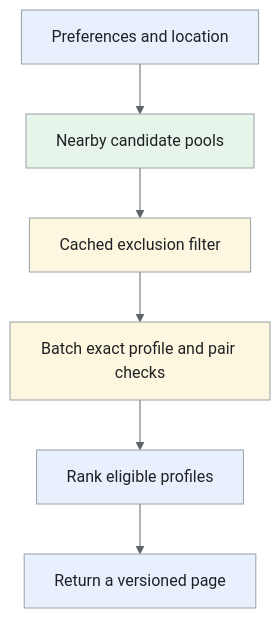
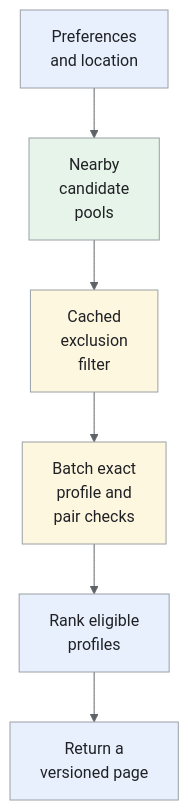
Before and after one commit to iliazlobin/iliazlobin.github.io: the third of 5 diagrams in _designs/system-design-tinder.md, drawn with Mermaid. The commit also changed other lines of this file and 116 other files, not shown here.

````diff
--- a/_designs/system-design-tinder.md
+++ b/_designs/system-design-tinder.md
@@ -234,16 +238,16 @@
 ```mermaid
-%%{init: {'theme':'base','themeVariables':{'primaryColor':'#e8f0fe','primaryTextColor':'#202124','primaryBorderColor':'#9aa0a6','lineColor':'#5f6368','secondaryColor':'#e6f4ea','tertiaryColor':'#fef7e0','actorBkg':'#e8f0fe','actorBorder':'#9aa0a6','actorTextColor':'#202124','noteBkgColor':'#fef7e0','noteTextColor':'#202124','noteBorderColor':'#9aa0a6','signalColor':'#5f6368','signalTextColor':'#202124','labelBoxBkgColor':'#fef7e0','labelBoxBorderColor':'#9aa0a6'}}}%%
+%%{init: {"theme":"base","themeVariables":{"primaryColor":"#e8f0fe","primaryBorderColor":"#9aa0a6","primaryTextColor":"#202124","secondaryColor":"#e6f4ea","tertiaryColor":"#fef7e0","lineColor":"#5f6368","actorBkg":"#e8f0fe","actorBorder":"#9aa0a6","actorTextColor":"#202124","noteBkgColor":"#fef7e0","noteBorderColor":"#9aa0a6","noteTextColor":"#202124","signalColor":"#5f6368","signalTextColor":"#202124"}}}%%
 flowchart TB
-  A[Preferences and location] --> B[Nearby candidate pools]
-  B --> C[Cached exclusion filter]
-  C --> D[Batch exact profile and pair checks]
-  D --> E[Rank eligible profiles]
-  E --> F[Return a versioned page]
+  A["Preferences<br>and location"] --> B["Nearby<br>candidate<br>pools"]
+  B --> C["Cached<br>exclusion<br>filter"]
+  C --> D["Batch exact<br>profile and<br>pair checks"]
+  D --> E["Rank eligible<br>profiles"]
+  E --> F["Return a<br>versioned page"]
 classDef request fill:#e8f0fe,stroke:#9aa0a6,color:#202124;
 classDef data fill:#e6f4ea,stroke:#9aa0a6,color:#202124;
 classDef control fill:#fef7e0,stroke:#9aa0a6,color:#202124;
 class A,E,F request;
 class B data;
 class C,D control;
 
 ```
````
